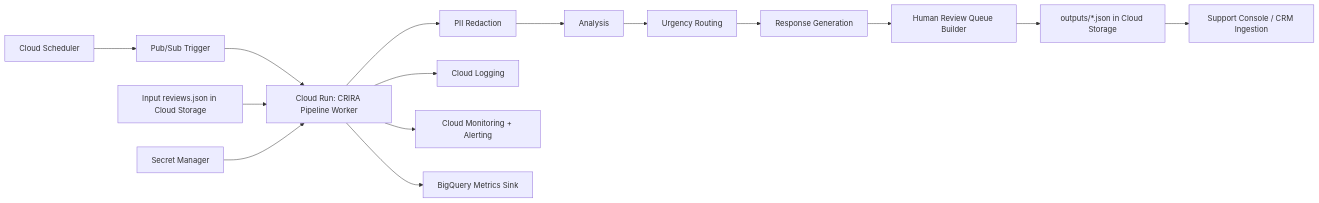
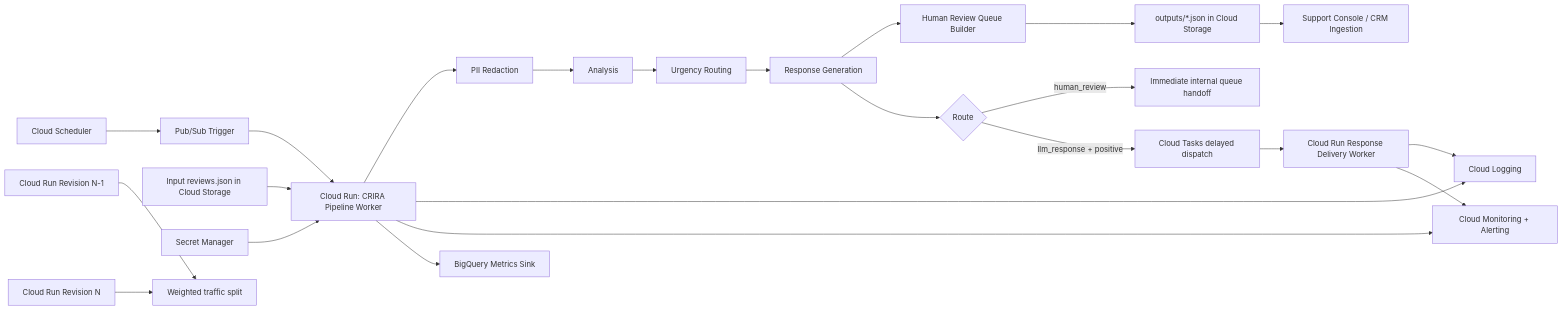
One commit to emmacrawford222/CRIRA changed the diagram in retailgenius-crira/docs/gcp_architecture.md. Above: the diagram before and after it, drawn with Mermaid. The commit also changed other lines of this file and 21 other files, not shown here.

````diff
--- a/retailgenius-crira/docs/gcp_architecture.md
+++ b/retailgenius-crira/docs/gcp_architecture.md
@@ -3,21 +3,30 @@
 ```mermaid
 flowchart LR
     A[Cloud Scheduler] --> B[Pub/Sub Trigger]
     B --> C[Cloud Run: CRIRA Pipeline Worker]
 
     D[Input reviews.json in Cloud Storage] --> C
     C --> E[PII Redaction]
     E --> F[Analysis]
     F --> G[Urgency Routing]
     G --> H[Response Generation]
     H --> I[Human Review Queue Builder]
 
     I --> J[outputs/*.json in Cloud Storage]
     J --> K[Support Console / CRM Ingestion]
+    H --> P{Route}
+    P -->|human_review| Q[Immediate internal queue handoff]
+    P -->|llm_response + positive| R[Cloud Tasks delayed dispatch]
+    R --> S[Cloud Run Response Delivery Worker]
 
     C --> L[Cloud Logging]
     C --> M[Cloud Monitoring + Alerting]
     C --> N[BigQuery Metrics Sink]
+    S --> L
+    S --> M
 
     O[Secret Manager] --> C
+
+    T[Cloud Run Revision N-1] --> U[Weighted traffic split]
+    V[Cloud Run Revision N] --> U
 ```
````
